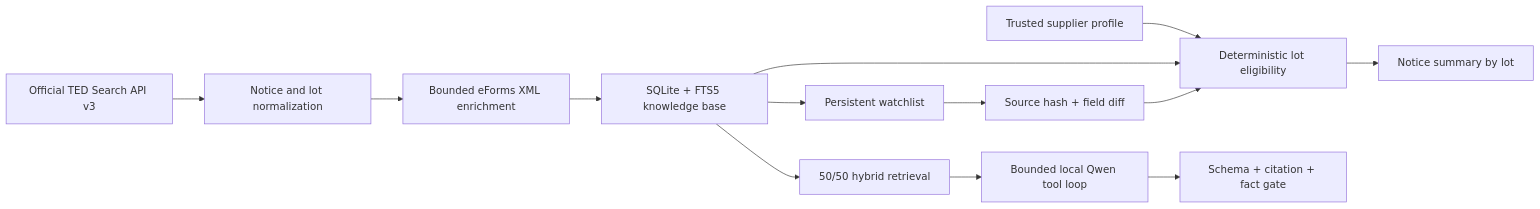
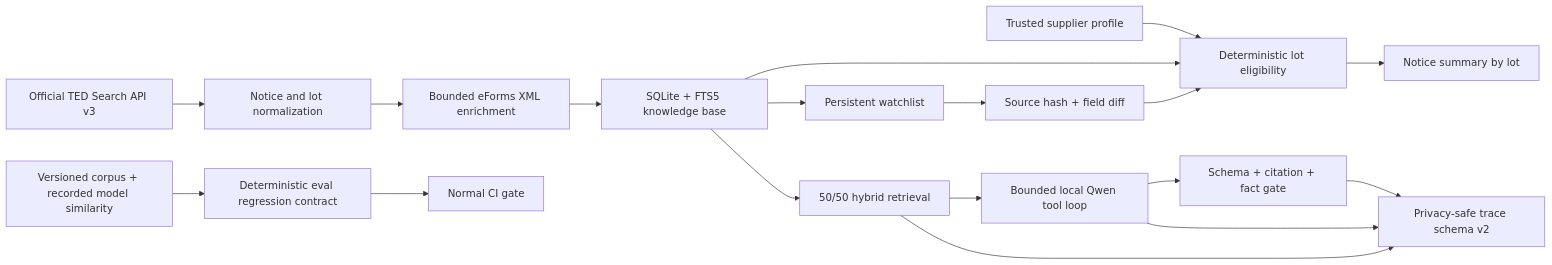
One commit to Sintagmatarches/applied-ai-lab changed the diagram in docs/tender-ai-architecture.md. Above: the diagram before and after it, drawn with Mermaid. The commit also changed other lines of this file and 10 other files, not shown here.

````diff
--- a/docs/tender-ai-architecture.md
+++ b/docs/tender-ai-architecture.md
@@ -7,15 +7,20 @@
 ```mermaid
 flowchart LR
   TED[Official TED Search API v3] --> N[Notice and lot normalization]
   N --> X[Bounded eForms XML enrichment]
   X --> K[SQLite + FTS5 knowledge base]
   P[Trusted supplier profile] --> D[Deterministic lot eligibility]
   K --> D
   D --> S[Notice summary by lot]
   K --> W[Persistent watchlist]
   W --> C[Source hash + field diff]
   C --> D
   K --> R[50/50 hybrid retrieval]
   R --> A[Bounded local Qwen tool loop]
   A --> G[Schema + citation + fact gate]
+  E[Versioned corpus + recorded model similarity] --> V[Deterministic eval regression contract]
+  V --> CI[Normal CI gate]
+  A --> O[Privacy-safe trace schema v2]
+  R --> O
+  G --> O
 ```
````
